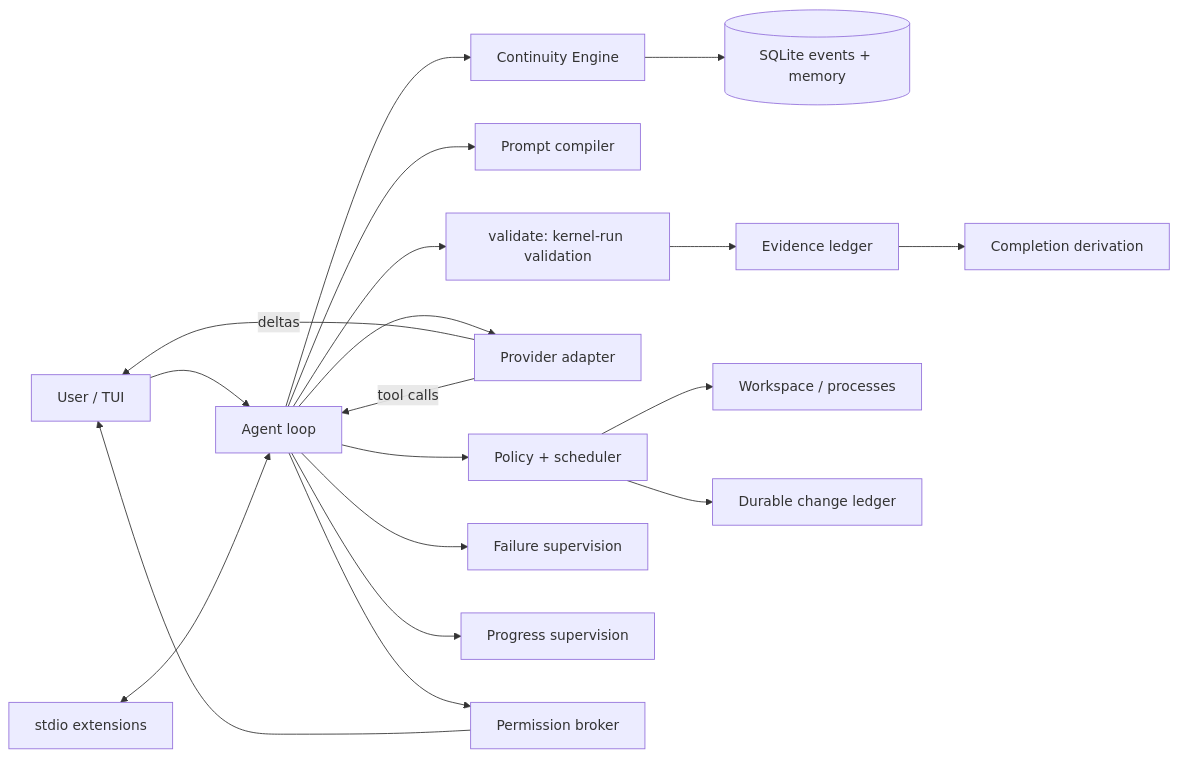
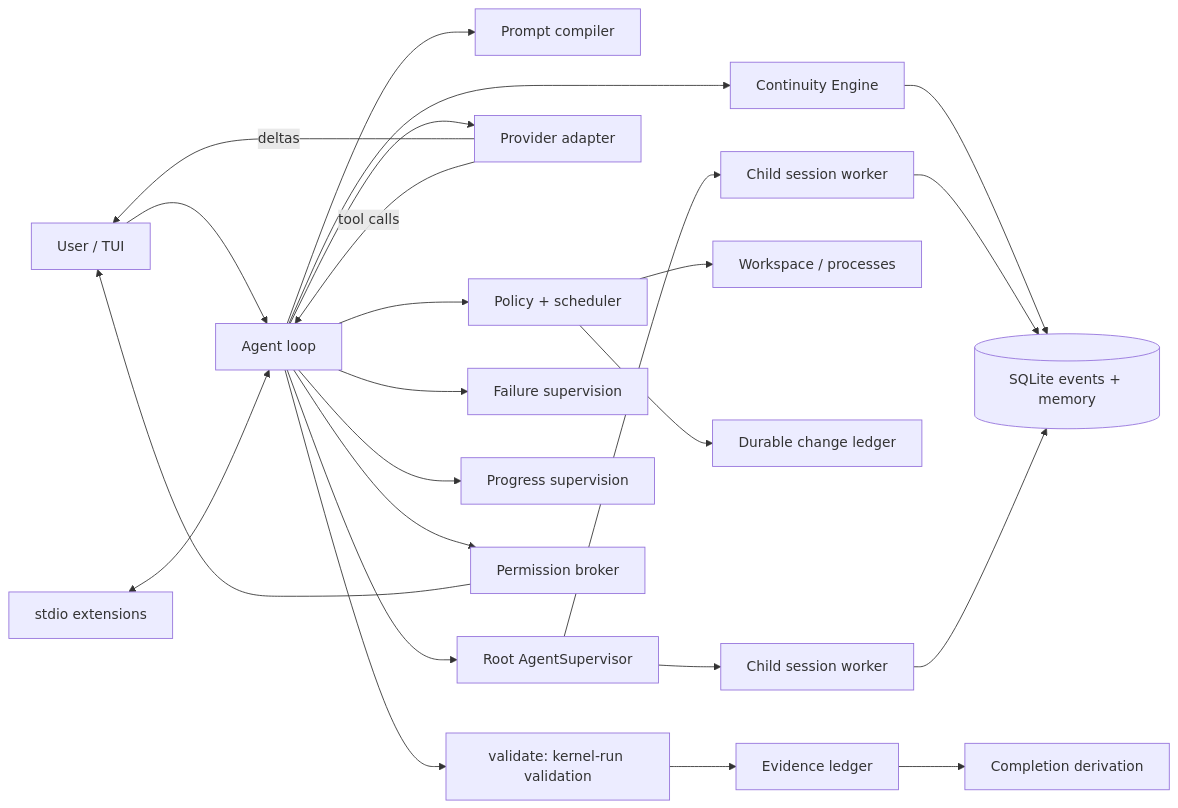
The diagram in docs/ARCHITECTURE.md (JinShuo-Li/latch), drawn with Mermaid before and after one commit. The commit also changed other lines of this file and 3 other files, not shown here.

First line of the commit message:
docs: describe the durable child-agent architecture

````diff
--- a/docs/ARCHITECTURE.md
+++ b/docs/ARCHITECTURE.md
@@ -10,21 +10,26 @@
 ```mermaid
 flowchart LR
     U[User / TUI] --> K[Agent loop]
     K --> C[Continuity Engine]
     C --> S[(SQLite events + memory)]
     K --> P[Prompt compiler]
     K --> V[validate: kernel-run validation]
     V --> E[Evidence ledger]
     E --> CP[Completion derivation]
     K --> M[Provider adapter]
     M -->|deltas| U
     M -->|tool calls| K
     K --> G[Policy + scheduler]
     G --> W[Workspace / processes]
     G --> L[Durable change ledger]
     K --> F[Failure supervision]
     K --> PS[Progress supervision]
     K --> PB[Permission broker]
     PB --> U
+    K --> AS[Root AgentSupervisor]
+    AS --> A1[Child session worker]
+    AS --> A2[Child session worker]
+    A1 --> S
+    A2 --> S
     X[stdio extensions] <--> K
 ```
````
